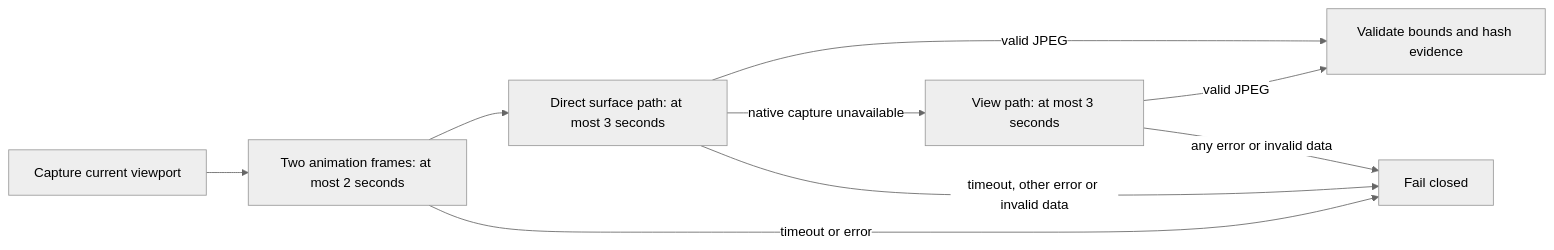
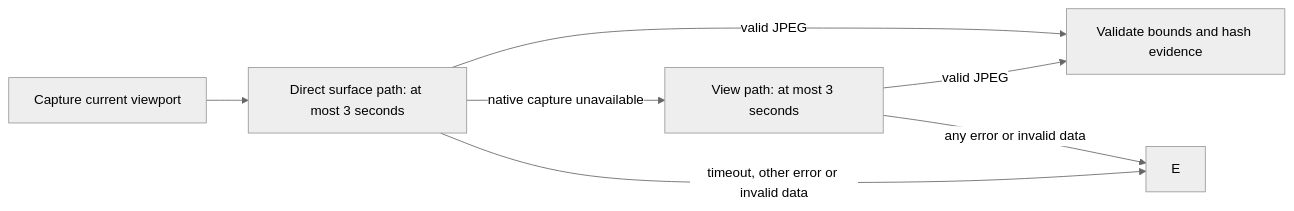
One commit to kieransimkin/potbot changed the diagram in docs/implementation/u00-roadmap-inventory.md. Above: the diagram before and after it, drawn with Mermaid (neutral theme). The commit also changed other lines of this file and 3 other files, not shown here.

Commit message:
Keep private compositor capture independent of document animation callbacks

````diff
--- a/docs/implementation/u00-roadmap-inventory.md
+++ b/docs/implementation/u00-roadmap-inventory.md
@@ -156,11 +156,9 @@
 ```mermaid
 flowchart LR
-    A[Capture current viewport] --> R[Two animation frames: at most 2 seconds]
-    R --> B[Direct surface path: at most 3 seconds]
-    R -->|timeout or error| E[Fail closed]
+    A[Capture current viewport] --> B[Direct surface path: at most 3 seconds]
     B -->|valid JPEG| D[Validate bounds and hash evidence]
     B -->|native capture unavailable| C[View path: at most 3 seconds]
     C -->|valid JPEG| D
     B -->|timeout, other error or invalid data| E
     C -->|any error or invalid data| E
 ```
````
